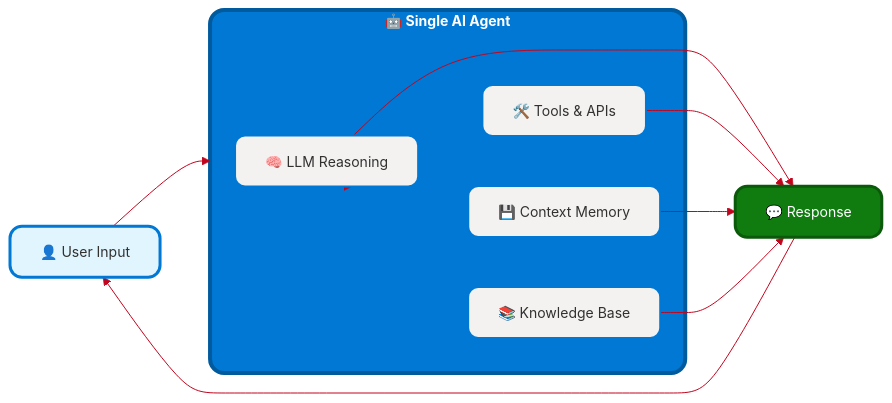
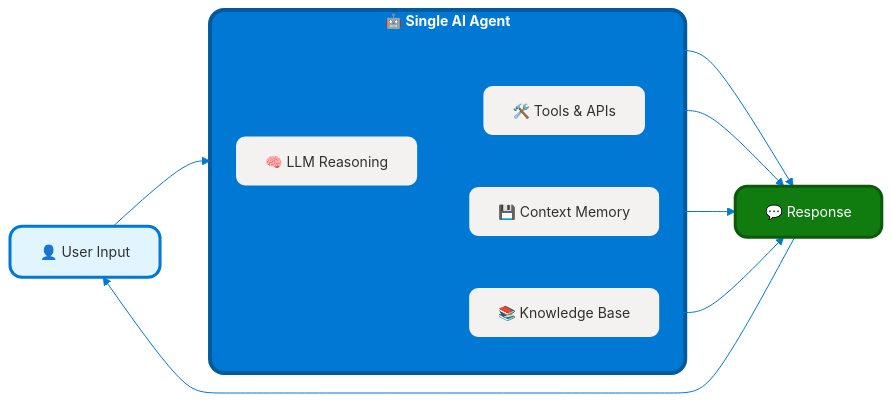
The third of 6 diagrams in 01_Plan_AI_Powered_Business_Solutions/01a-02-agent-types-patterns.md (ajeetchouksey/ajch_prep_ab_100), drawn with Mermaid before and after one commit. The commit also changed other lines of this file and 8 other files, not shown here.

````diff
--- a/01_Plan_AI_Powered_Business_Solutions/01a-02-agent-types-patterns.md
+++ b/01_Plan_AI_Powered_Business_Solutions/01a-02-agent-types-patterns.md
@@ -251,35 +251,35 @@
 ```mermaid
-%%{init: {'theme':'base', 'themeVariables': { 'primaryColor':'#7ebdeeff','primaryTextColor':'#323130','primaryBorderColor':'#3d8fceff','lineColor':'#c2051eff','secondaryColor':'#00bcf2','tertiaryColor':'#50e6ff','fontSize':'14px','fontFamily':'Segoe UI, sans-serif','clusterBkg':'#f3f2f1','clusterBorder':'#0078d4','edgeLabelBackground':'#ffffff'}}}%%
+%%{init: {'theme':'base', 'themeVariables': { 'primaryColor':'#0078d4','primaryTextColor':'#323130','primaryBorderColor':'#005a9e','lineColor':'#0078d4','secondaryColor':'#00bcf2','tertiaryColor':'#50e6ff','fontSize':'14px','fontFamily':'Segoe UI, sans-serif','clusterBkg':'#f3f2f1','clusterBorder':'#0078d4','edgeLabelBackground':'#ffffff'}}}%%
 flowchart LR
   UserInput["👤 User Input"]
   subgraph Agent["🤖 Single AI Agent"]
     LLM["🧠 LLM Reasoning"]
     Tools["🛠️ Tools & APIs"]
     Memory["💾 Context Memory"]
     Knowledge["📚 Knowledge Base"]
   end
   Response["💬 Response"]
 
   UserInput --> Agent
   Agent --> LLM
   Agent --> Tools
   Agent --> Memory
   Agent --> Knowledge
 
   LLM --> Response
   Tools --> Response
   Memory --> Response
   Knowledge --> Response
 
   Response --> UserInput
 
   classDef inputStyle fill:#e1f5ff,stroke:#0078d4,color:#323130,stroke-width:3px,rx:12,ry:12
   classDef agentStyle fill:#0078d4,stroke:#005a9e,color:#fff,stroke-width:4px,rx:14,ry:14,font-weight:bold
   classDef nodeStyle fill:#f3f2f1,stroke:#0078d4,color:#323130,stroke-width:2px,rx:10,ry:10
   classDef outputStyle fill:#107c10,stroke:#0b5a0b,color:#fff,stroke-width:3px,rx:12,ry:12
 
   class UserInput inputStyle
   class Agent agentStyle
   class LLM,Tools,Memory,Knowledge nodeStyle
   class Response outputStyle
 ```
````
